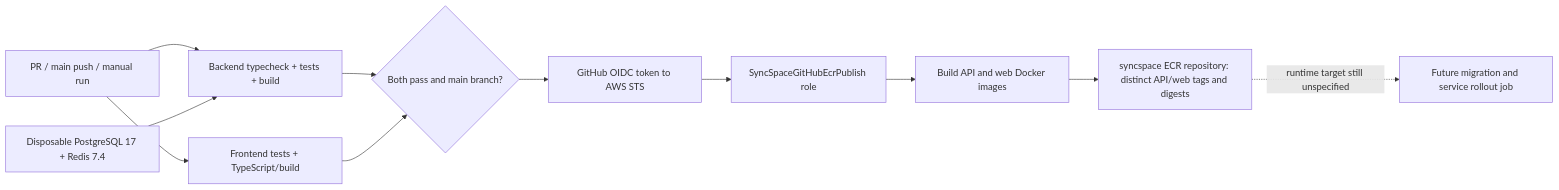
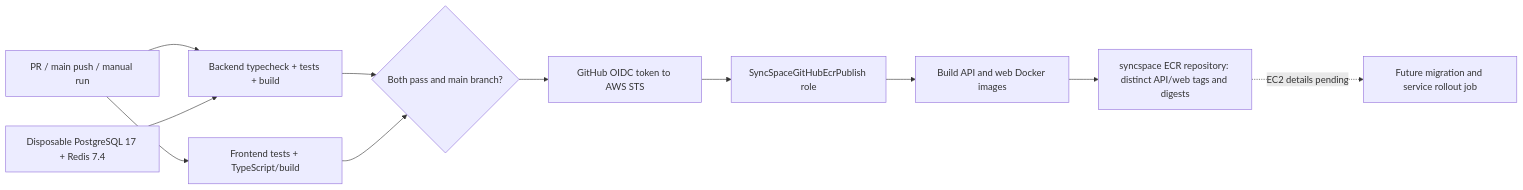
Before and after one commit to balumurugan107/SyncSpace: the fifth of 5 diagrams in SYSTEM_DESIGN_GUIDE.md, drawn with Mermaid. The commit also changed other lines of this file and 4 other files, not shown here.

````diff
--- a/SYSTEM_DESIGN_GUIDE.md
+++ b/SYSTEM_DESIGN_GUIDE.md
@@ -678,13 +678,13 @@
 ```mermaid
 flowchart LR
     Source[PR / main push / manual run] --> Backend[Backend typecheck + tests + build]
     Source --> Frontend[Frontend tests + TypeScript/build]
     Stores[Disposable PostgreSQL 17 + Redis 7.4] --> Backend
     Backend --> Gate{Both pass and main branch?}
     Frontend --> Gate
     Gate --> OIDC[GitHub OIDC token to AWS STS]
     OIDC --> Role[SyncSpaceGitHubEcrPublish role]
     Role --> Build[Build API and web Docker images]
     Build --> ECR[syncspace ECR repository: distinct API/web tags and digests]
-    ECR -. runtime target still unspecified .-> Runtime[Future migration and service rollout job]
+    ECR -. EC2 details pending .-> Runtime[Future migration and service rollout job]
 ```
````
